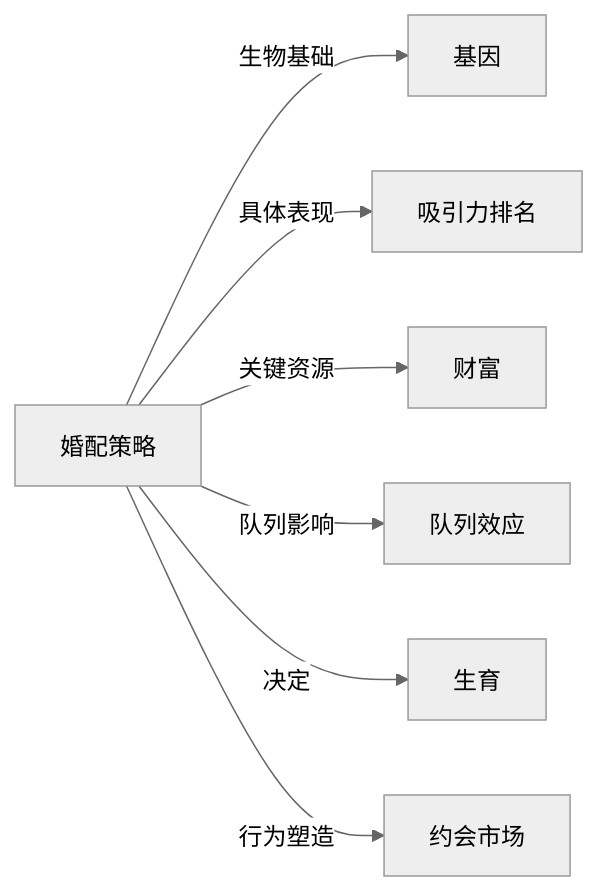
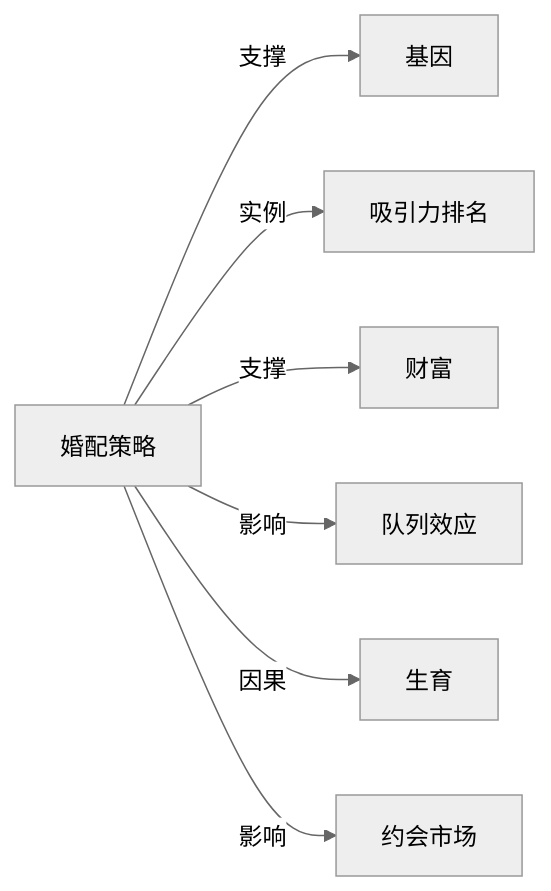
Before and after one commit to KIMMCHOW/MyKnowledge: the diagram in Knowledge/Concepts/心理学/婚配策略.md, drawn with Mermaid (neutral theme). The commit also changed 95 other files, not shown here.

Commit message:
reorganize: 统一关系图边标签为11类

````diff
--- a/Knowledge/Concepts/心理学/婚配策略.md
+++ b/Knowledge/Concepts/心理学/婚配策略.md
@@ -46,9 +46,9 @@
 ```mermaid
 graph LR
-婚配策略 -->|生物基础| 基因
-婚配策略 -->|具体表现| 吸引力排名
-婚配策略 -->|关键资源| 财富
-婚配策略 -->|队列影响| 队列效应
-婚配策略 -->|决定| 生育
-婚配策略 -->|行为塑造| 约会市场
+婚配策略 -->|支撑| 基因
+婚配策略 -->|实例| 吸引力排名
+婚配策略 -->|支撑| 财富
+婚配策略 -->|影响| 队列效应
+婚配策略 -->|因果| 生育
+婚配策略 -->|影响| 约会市场
 ```
````
